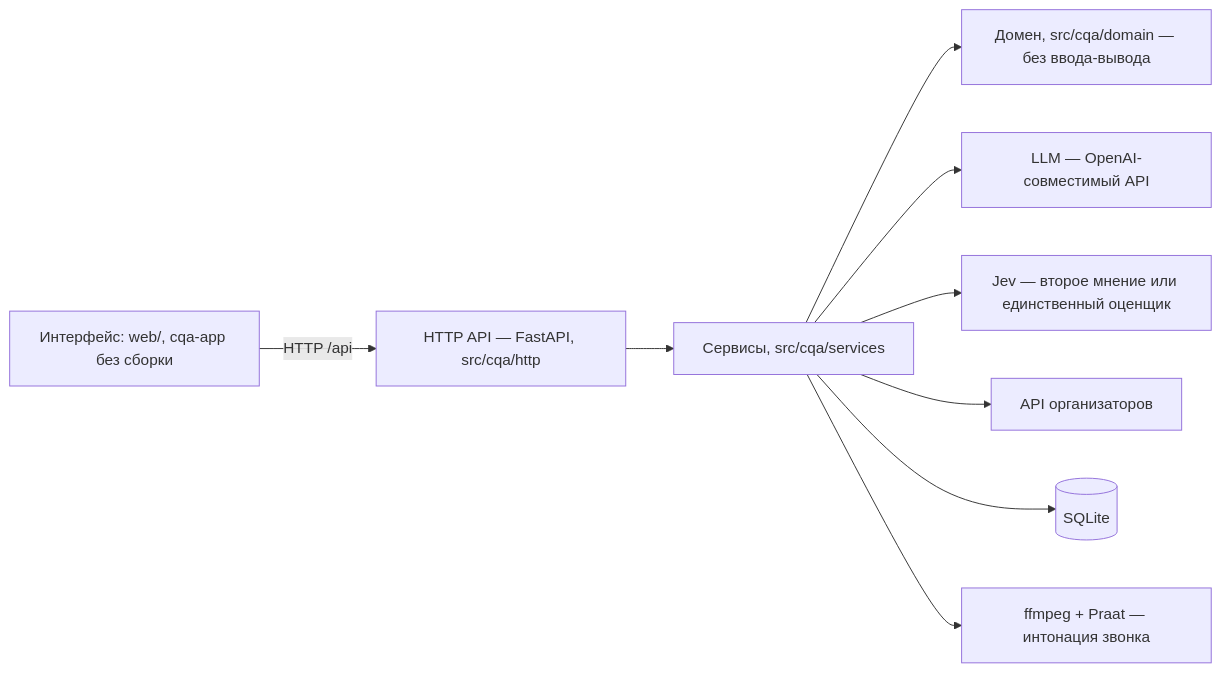
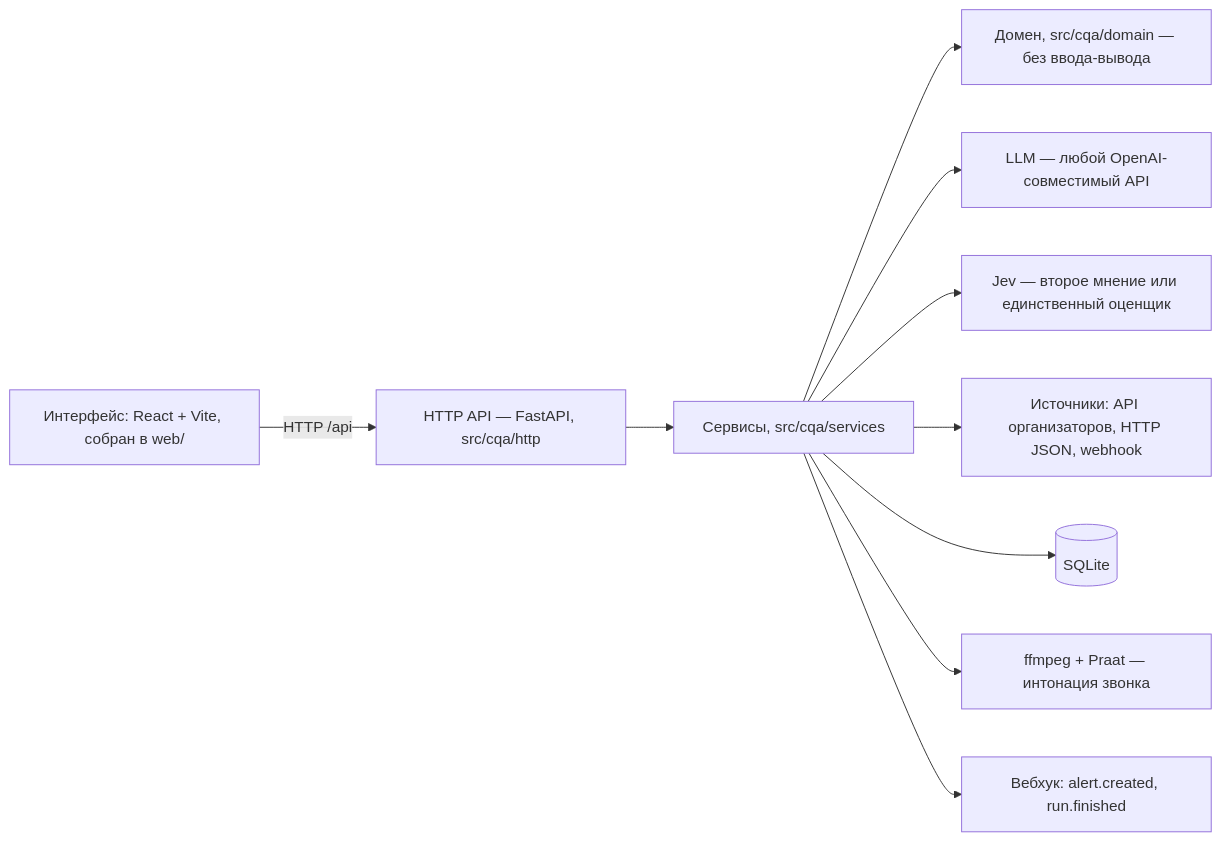
Before and after one commit to analysts-data/analysts: the diagram in README.md, drawn with Mermaid. The commit also changed other lines of this file and 1 other file, not shown here.

````diff
--- a/README.md
+++ b/README.md
@@ -70,11 +92,12 @@
 ```mermaid
 flowchart LR
-    UI["Интерфейс: web/, cqa-app без сборки"] -->|"HTTP /api"| API["HTTP API — FastAPI, src/cqa/http"]
+    UI["Интерфейс: React + Vite, собран в web/"] -->|"HTTP /api"| API["HTTP API — FastAPI, src/cqa/http"]
     API --> SVC["Сервисы, src/cqa/services"]
     SVC --> DOM["Домен, src/cqa/domain — без ввода-вывода"]
-    SVC --> LLM["LLM — OpenAI-совместимый API"]
+    SVC --> LLM["LLM — любой OpenAI-совместимый API"]
     SVC --> JEV["Jev — второе мнение или единственный оценщик"]
-    SVC --> ORG["API организаторов"]
+    SVC --> SRC["Источники: API организаторов, HTTP JSON, webhook"]
     SVC --> DB[("SQLite")]
     SVC --> VOICE["ffmpeg + Praat — интонация звонка"]
+    SVC --> HOOK["Вебхук: alert.created, run.finished"]
 ```
````
